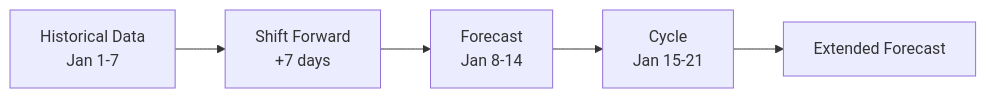
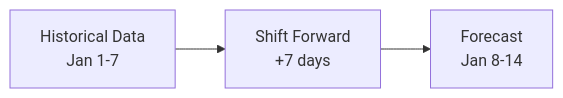
One commit to hass-energy/hafo changed the diagram in docs/user-guide/forecasters/historical-shift.md. Above: the diagram before and after it, drawn with Mermaid. The commit also changed other lines of this file and 13 other files, not shown here.

````diff
--- a/docs/user-guide/forecasters/historical-shift.md
+++ b/docs/user-guide/forecasters/historical-shift.md
@@ -13,7 +12,5 @@
 ```mermaid
 graph LR
     A[Historical Data<br/>Jan 1-7] --> B[Shift Forward<br/>+7 days]
     B --> C[Forecast<br/>Jan 8-14]
-    C --> D[Cycle<br/>Jan 15-21]
-    D --> E[Extended Forecast]
 ```
````
